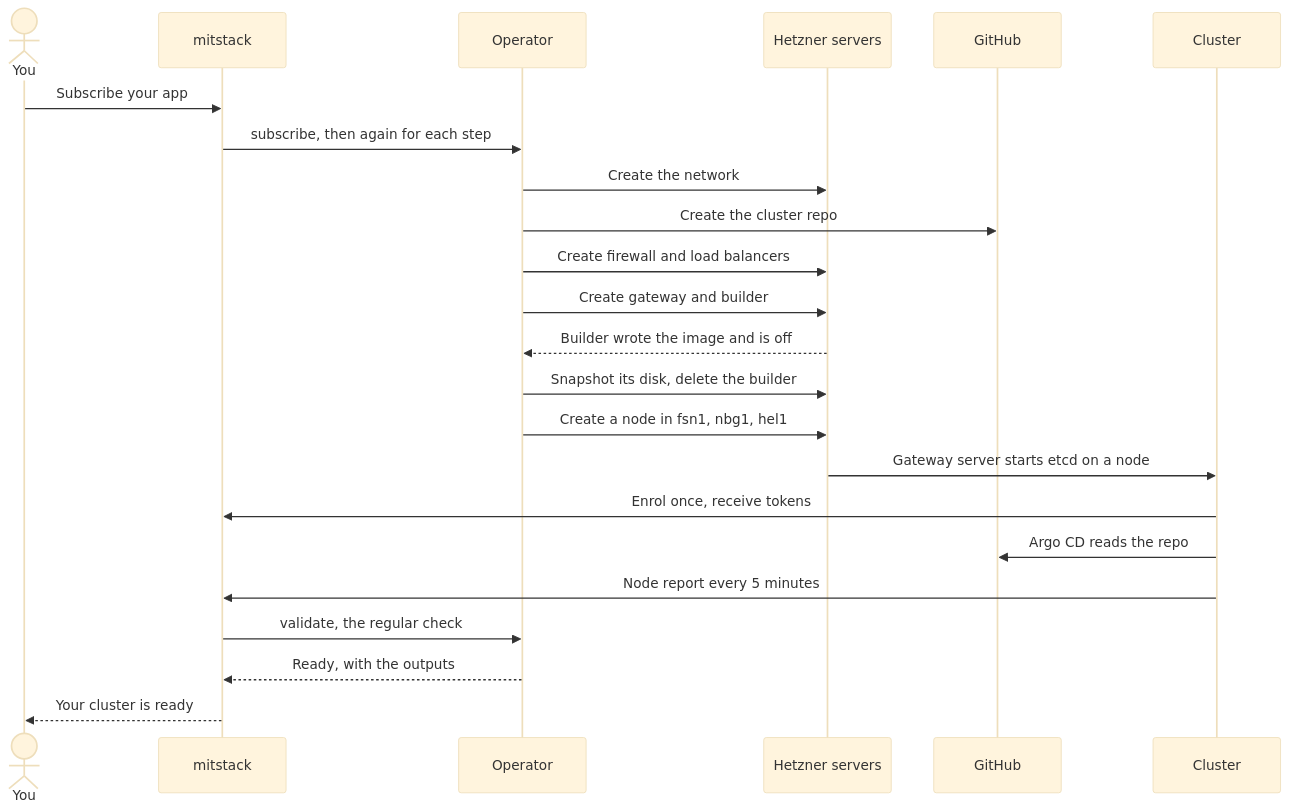
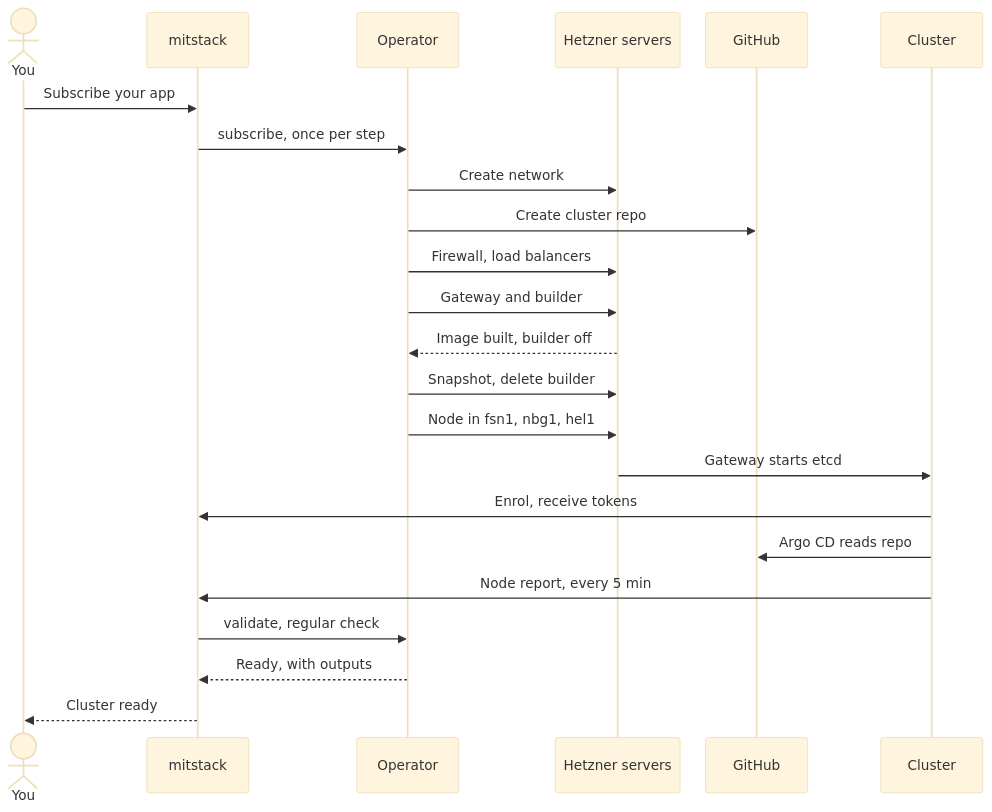
One commit to mitstack-eu/hcloud-talos-cluster changed the second of 2 diagrams in README.md. Above: the diagram before and after it, drawn with Mermaid (base theme).

Commit message:
MIT-5267: the README's sequence diagram uses short labels so it renders larger

````diff
--- a/README.md
+++ b/README.md
@@ -63,25 +63,26 @@
 ```mermaid
+%%{init: {"sequence": {"actorMargin": 30, "width": 120}}}%%
 sequenceDiagram
     actor You
     participant M as mitstack
     participant O as Operator
     participant H as Hetzner servers
     participant G as GitHub
     participant C as Cluster
     You->>M: Subscribe your app
-    M->>O: subscribe, then again for each step
-    O->>H: Create the network
-    O->>G: Create the cluster repo
-    O->>H: Create firewall and load balancers
-    O->>H: Create gateway and builder
-    H-->>O: Builder wrote the image and is off
-    O->>H: Snapshot its disk, delete the builder
-    O->>H: Create a node in fsn1, nbg1, hel1
-    H->>C: Gateway server starts etcd on a node
-    C->>M: Enrol once, receive tokens
-    C->>G: Argo CD reads the repo
-    C->>M: Node report every 5 minutes
-    M->>O: validate, the regular check
-    O-->>M: Ready, with the outputs
-    M-->>You: Your cluster is ready
+    M->>O: subscribe, once per step
+    O->>H: Create network
+    O->>G: Create cluster repo
+    O->>H: Firewall, load balancers
+    O->>H: Gateway and builder
+    H-->>O: Image built, builder off
+    O->>H: Snapshot, delete builder
+    O->>H: Node in fsn1, nbg1, hel1
+    H->>C: Gateway starts etcd
+    C->>M: Enrol, receive tokens
+    C->>G: Argo CD reads repo
+    C->>M: Node report, every 5 min
+    M->>O: validate, regular check
+    O-->>M: Ready, with outputs
+    M-->>You: Cluster ready
 ```
````
